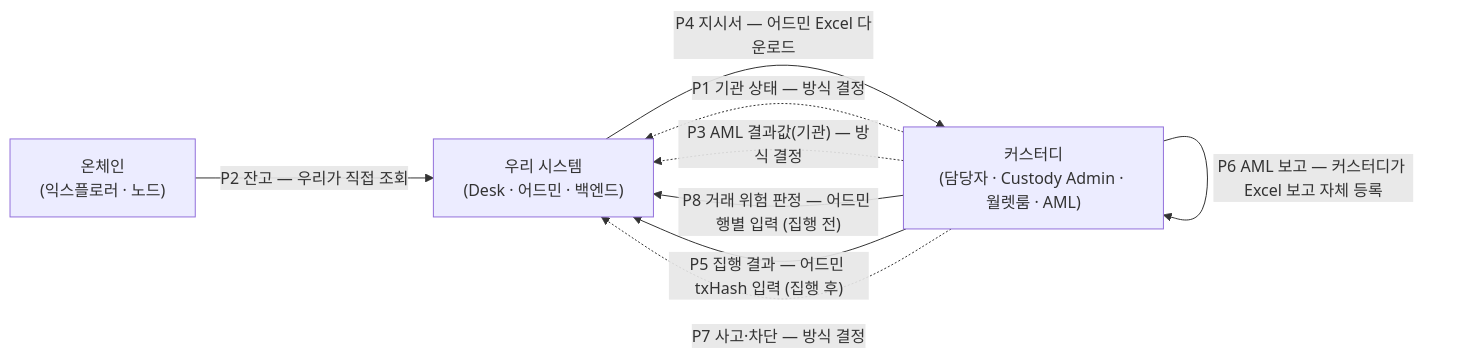
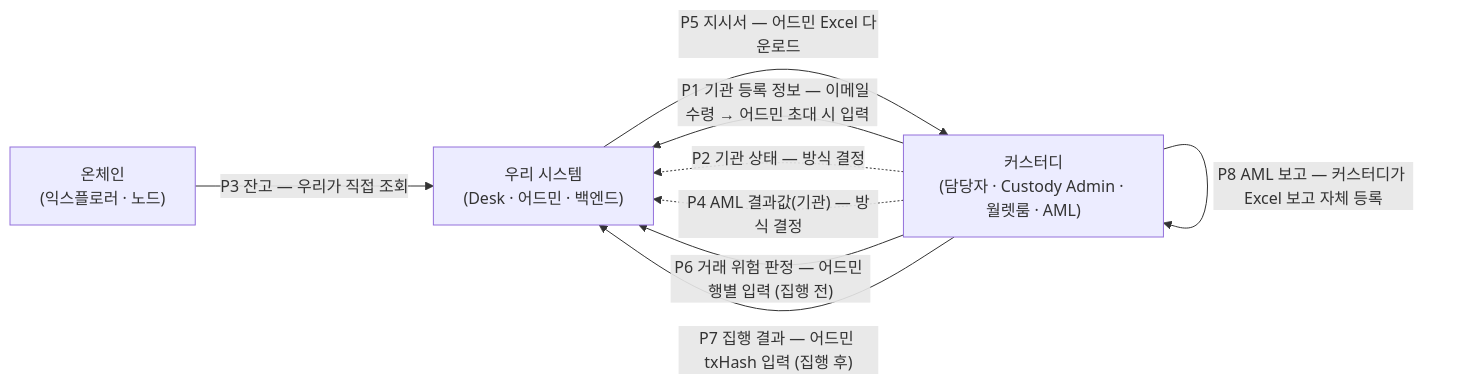
Before and after one commit to dsrvlabs/dsrv-desk: the fifth of 8 diagrams in drafts/36_플랫폼_커스터디_연동_범위_설명자료.md, drawn with Mermaid. The commit also changed other lines of this file and 7 other files, not shown here.

First line of the commit message:
커스터디 연동 방식 확정 반영 — 기관 등록(customerNo·수탁 지갑 주소) 초대 시 입력 · 식별자 customerNo 일원화 · 사고·차단 전달 삭제 · KYC 조회 시점 다이어그램 (2026-09-07(21))

````diff
--- a/drafts/36_플랫폼_커스터디_연동_범위_설명자료.md
+++ b/drafts/36_플랫폼_커스터디_연동_범위_설명자료.md
@@ -177,14 +184,14 @@
 ```mermaid
 flowchart LR
   US["우리 시스템<br/>(Desk · 어드민 · 백엔드)"]
   CU["커스터디<br/>(담당자 · Custody Admin · 월렛룸 · AML)"]
   CH["온체인<br/>(익스플로러 · 노드)"]
-  CU -.->|"P1 기관 상태 — 방식 결정"| US
-  CH -->|"P2 잔고 — 우리가 직접 조회"| US
-  CU -.->|"P3 AML 결과값(기관) — 방식 결정"| US
-  US -->|"P4 지시서 — 어드민 Excel 다운로드"| CU
-  CU -->|"P8 거래 위험 판정 — 어드민 행별 입력 (집행 전)"| US
-  CU -->|"P5 집행 결과 — 어드민 txHash 입력 (집행 후)"| US
-  CU -->|"P6 AML 보고 — 커스터디가 Excel 보고 자체 등록"| CU
-  CU -.->|"P7 사고·차단 — 방식 결정"| US
+  CU -->|"P1 기관 등록 정보 — 이메일 수령 → 어드민 초대 시 입력"| US
+  CU -.->|"P2 기관 상태 — 방식 결정"| US
+  CH -->|"P3 잔고 — 우리가 직접 조회"| US
+  CU -.->|"P4 AML 결과값(기관) — 방식 결정"| US
+  US -->|"P5 지시서 — 어드민 Excel 다운로드"| CU
+  CU -->|"P6 거래 위험 판정 — 어드민 행별 입력 (집행 전)"| US
+  CU -->|"P7 집행 결과 — 어드민 txHash 입력 (집행 후)"| US
+  CU -->|"P8 AML 보고 — 커스터디가 Excel 보고 자체 등록"| CU
 ```
````
